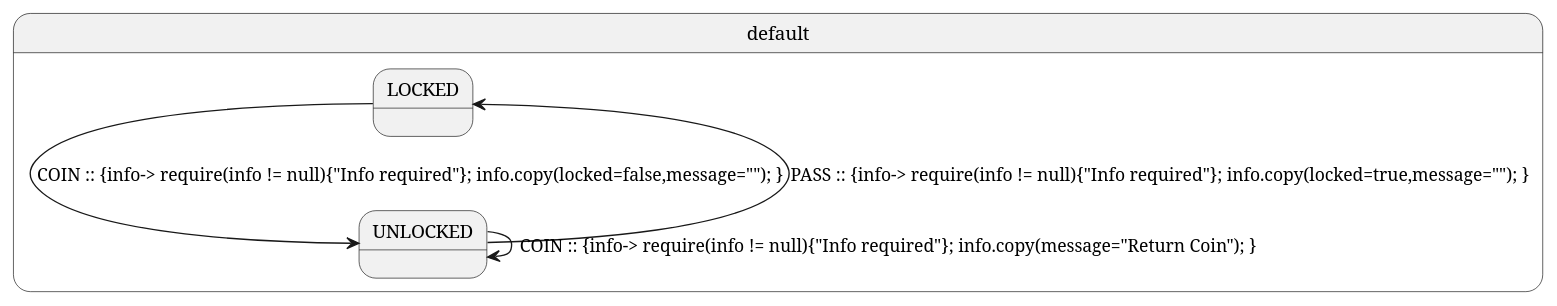
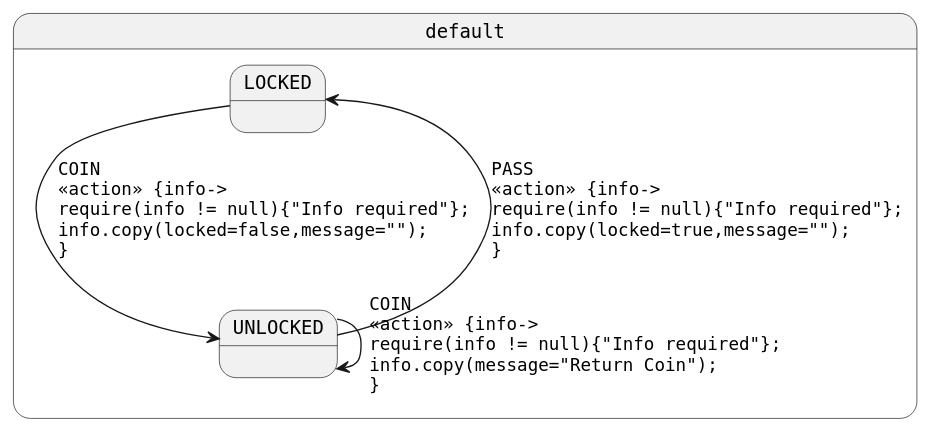
The diagram in generated-parsed/turnstile.plantuml (open-jumpco/kfsm-viz), drawn with PlantUML before and after one commit. The commit also changed 8 other files, not shown here.

Commit message:
improved look of State diagrams by adding line breaks that left align and monospaced font.

```diff
--- a/generated-parsed/turnstile.plantuml
+++ b/generated-parsed/turnstile.plantuml
@@ -1,7 +1,9 @@
 @startuml
+skinparam StateFontName Helvetica
+skinparam defaultFontName Monospaced
 state default {
-LOCKED --> UNLOCKED : COIN :: {info->  require(info != null){"Info required"};  info.copy(locked=false,message="");  }
-UNLOCKED --> LOCKED : PASS :: {info->  require(info != null){"Info required"};  info.copy(locked=true,message="");  }
-UNLOCKED --> UNLOCKED : COIN :: {info->  require(info != null){"Info required"};  info.copy(message="Return Coin");  }
+LOCKED --> UNLOCKED : COIN\l<<action>> {info->\lrequire(info != null){"Info required"};\linfo.copy(locked=false,message="");\l}
+UNLOCKED --> LOCKED : PASS\l<<action>> {info->\lrequire(info != null){"Info required"};\linfo.copy(locked=true,message="");\l}
+UNLOCKED --> UNLOCKED : COIN\l<<action>> {info->\lrequire(info != null){"Info required"};\linfo.copy(message="Return Coin");\l}
 }
 @enduml
```
